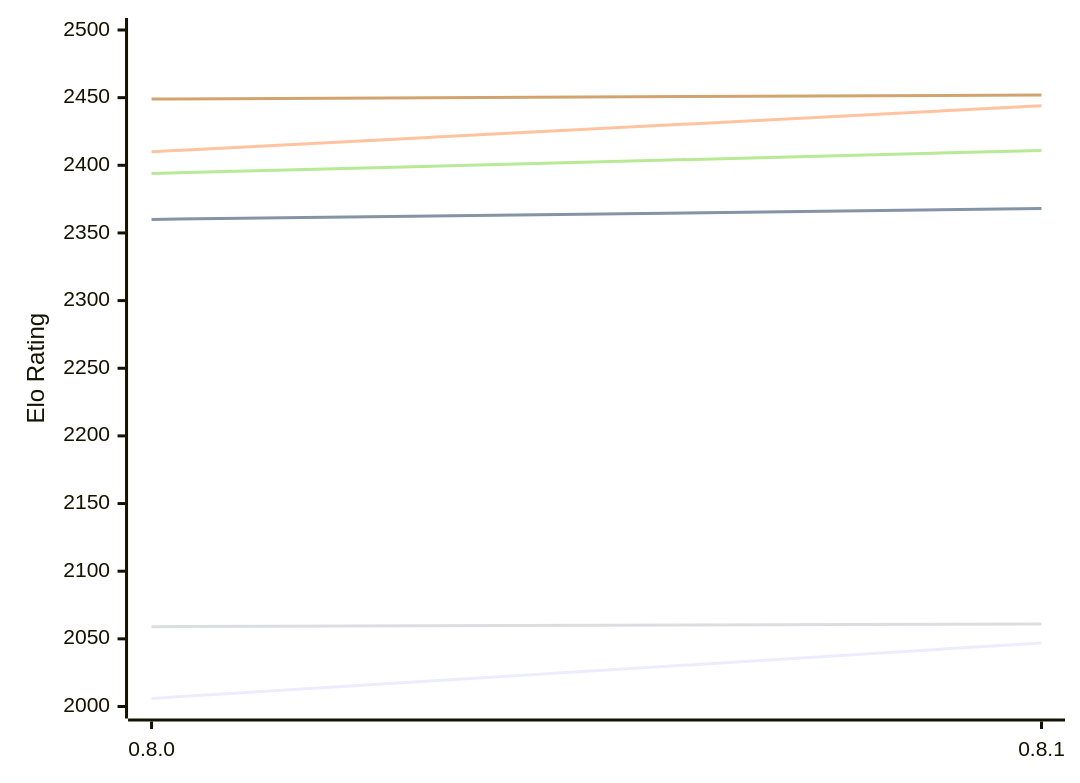
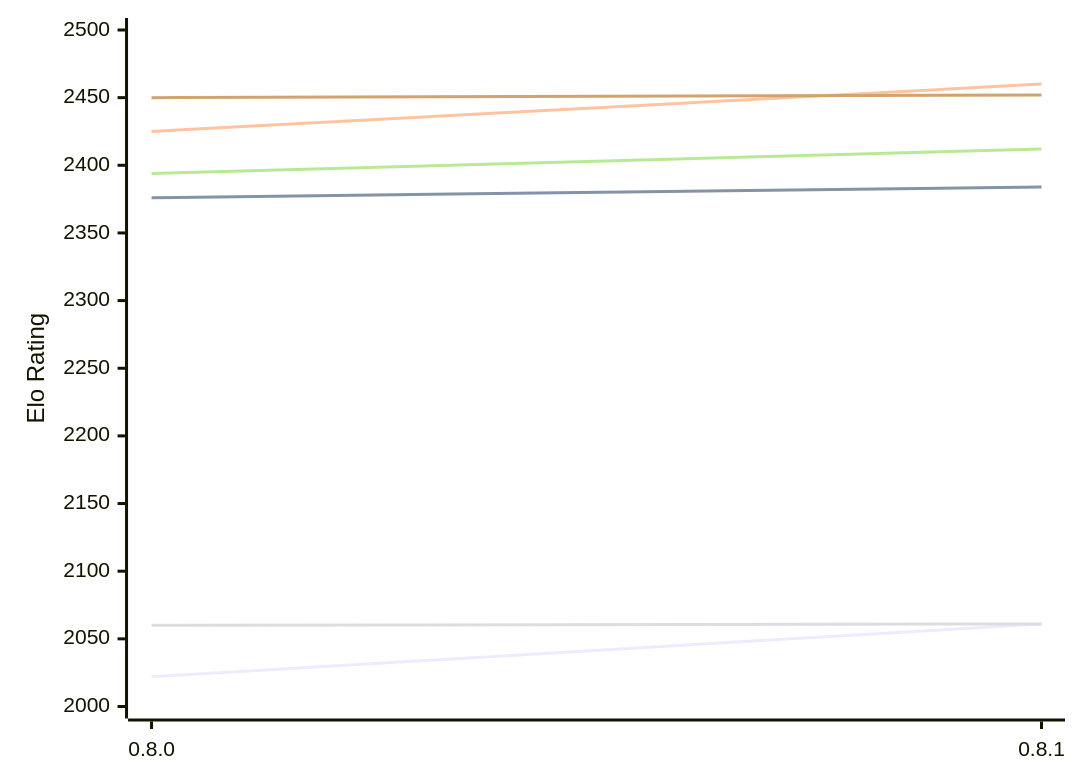
One commit to computer-chess-index/cci changed the diagram in engines/LittleWing.md. Above: the diagram before and after it, drawn with Mermaid. The commit also changed other lines of this file, not shown here.

Commit message:
Update CCI Ratings (ELO VLTC) - 2026-11-11

````diff
--- a/engines/LittleWing.md
+++ b/engines/LittleWing.md
@@ -49,12 +49,12 @@
 ```mermaid
 %%{init: {"theme":"base","themeVariables":{"seriesColors:['#a3a3a3','#222221','#faa371']}}}%%
 xychart-beta
   x-axis ["0.8.0", "0.8.1"]
   y-axis "Elo Rating" 2000 --> 2500
-  line "E1: STC (8.0+0.08s)" [2006, 2047]
-  line "E1: LTC (60.0+0.60s)" [2360, 2368]
-  line "E1: VLTC (2m24s+1.12s)" [2410, 2444]
-  line "P1: STC (8.0+0.08s)" [2059, 2061]
-  line "P1: LTC (60.0+0.60s)" [2394, 2411]
-  line "P1: VLTC (2m24s+1.12s)" [2449, 2452]
+  line "E1: STC (8.0+0.08s)" [2022, 2061]
+  line "E1: LTC (60.0+0.60s)" [2376, 2384]
+  line "E1: VLTC (2m24s+1.12s)" [2425, 2460]
+  line "P1: STC (8.0+0.08s)" [2060, 2061]
+  line "P1: LTC (60.0+0.60s)" [2394, 2412]
+  line "P1: VLTC (2m24s+1.12s)" [2450, 2452]
 ```
````
